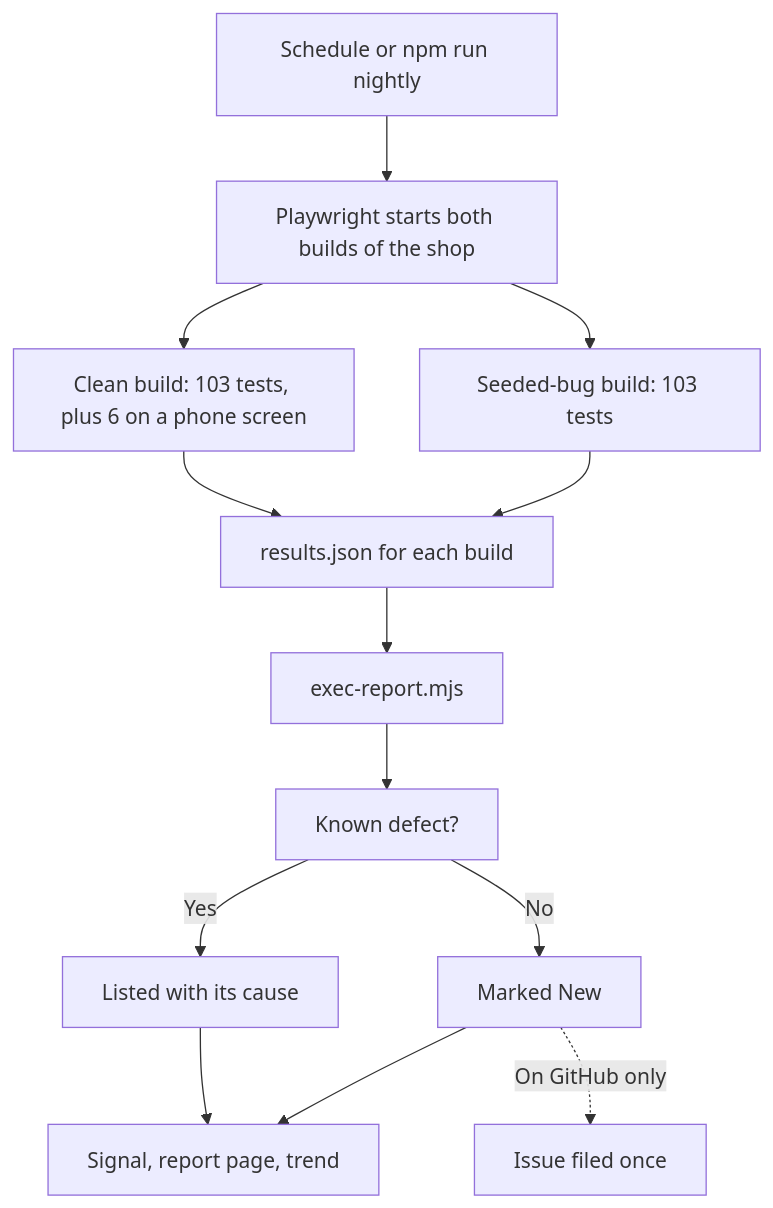
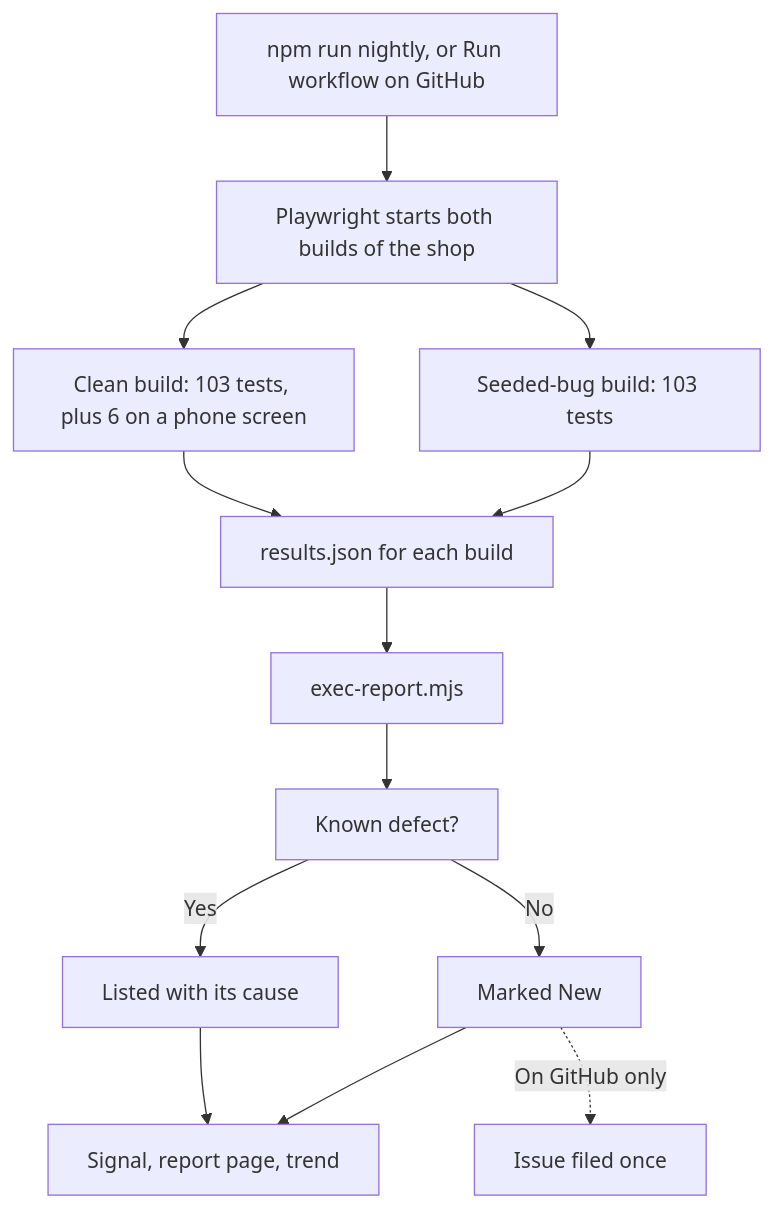
One commit to ronaltoise/playwright-commerce-e2e changed the diagram in docs/GUIDE.md. Above: the diagram before and after it, drawn with Mermaid. The commit also changed other lines of this file and 4 other files, not shown here.

````diff
--- a/docs/GUIDE.md
+++ b/docs/GUIDE.md
@@ -16,15 +16,15 @@
 ```mermaid
 flowchart TD
-    A["Schedule or npm run nightly"] --> B["Playwright starts both builds of the shop"]
+    A["npm run nightly, or Run workflow on GitHub"] --> B["Playwright starts both builds of the shop"]
     B --> C["Clean build: 103 tests, plus 6 on a phone screen"]
     B --> D["Seeded-bug build: 103 tests"]
     C --> E["results.json for each build"]
     D --> E
     E --> F["exec-report.mjs"]
     F --> G["Known defect?"]
     G -- Yes --> H["Listed with its cause"]
     G -- No --> I["Marked New"]
     I -. "On GitHub only" .-> J["Issue filed once"]
     H --> K["Signal, report page, trend"]
     I --> K
 ```
````
